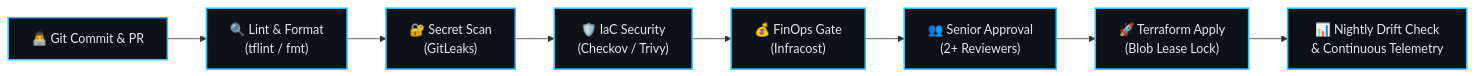
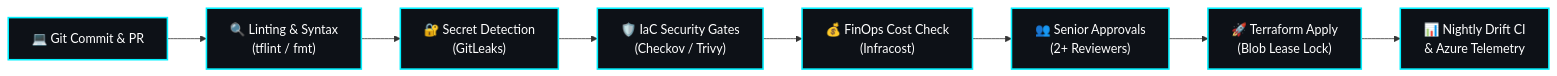
One commit to rahulent/rahulent changed the diagram in README.md. Above: the diagram before and after it, drawn with Mermaid. The commit also changed other lines of this file, not shown here.

````diff
--- a/README.md
+++ b/README.md
@@ -85,13 +83,13 @@
 ```mermaid
 flowchart LR
-    A["👨‍💻 Git Commit & PR"] --> B["🔍 Lint & Format<br/>(tflint / fmt)"]
-    B --> C["🔐 Secret Scan<br/>(GitLeaks)"]
-    C --> D["🛡️ IaC Security<br/>(Checkov / Trivy)"]
-    D --> E["💰 FinOps Gate<br/>(Infracost)"]
-    E --> F["👥 Senior Approval<br/>(2+ Reviewers)"]
+    A["💻 Git Commit & PR"] --> B["🔍 Linting & Syntax<br/>(tflint / fmt)"]
+    B --> C["🔐 Secret Detection<br/>(GitLeaks)"]
+    C --> D["🛡️ IaC Security Gates<br/>(Checkov / Trivy)"]
+    D --> E["💰 FinOps Cost Check<br/>(Infracost)"]
+    E --> F["👥 Senior Approvals<br/>(2+ Reviewers)"]
     F --> G["🚀 Terraform Apply<br/>(Blob Lease Lock)"]
-    G --> H["📊 Nightly Drift Check<br/>& Continuous Telemetry"]
+    G --> H["📊 Nightly Drift CI<br/>& Azure Telemetry"]
 
-    classDef stage fill:#0d1117,stroke:#38bdf8,stroke-width:2px,color:#e2e8f0;
+    classDef stage fill:#0d1117,stroke:#00F0FF,stroke-width:2px,color:#ffffff;
     class A,B,C,D,E,F,G,H stage;
 ```
````
